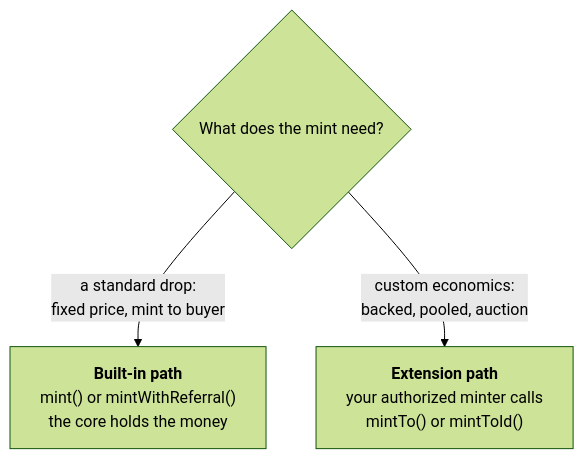
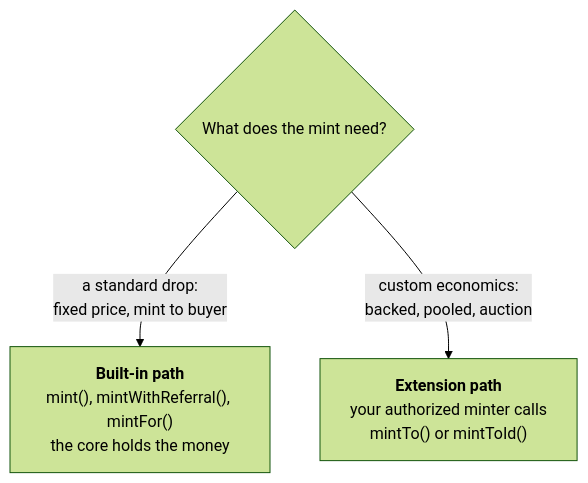
Before and after one commit to ripe0x/pin: the second of 3 diagrams in docs/collection-getting-started.md, drawn with Mermaid (forest theme). The commit also changed other lines of this file and 43 other files, not shown here.

````diff
--- a/docs/collection-getting-started.md
+++ b/docs/collection-getting-started.md
@@ -68,6 +71,6 @@
 ```mermaid
 flowchart TD
     Q{"What does the mint need?"}
-    Q -->|"a standard drop:<br/>fixed price, mint to buyer"| BI["<b>Built-in path</b><br/>mint() or mintWithReferral()<br/>the core holds the money"]
+    Q -->|"a standard drop:<br/>fixed price, mint to buyer"| BI["<b>Built-in path</b><br/>mint(), mintWithReferral(), mintFor()<br/>the core holds the money"]
     Q -->|"custom economics:<br/>backed, pooled, auction"| EX["<b>Extension path</b><br/>your authorized minter calls<br/>mintTo() or mintToId()"]
 ```
````
